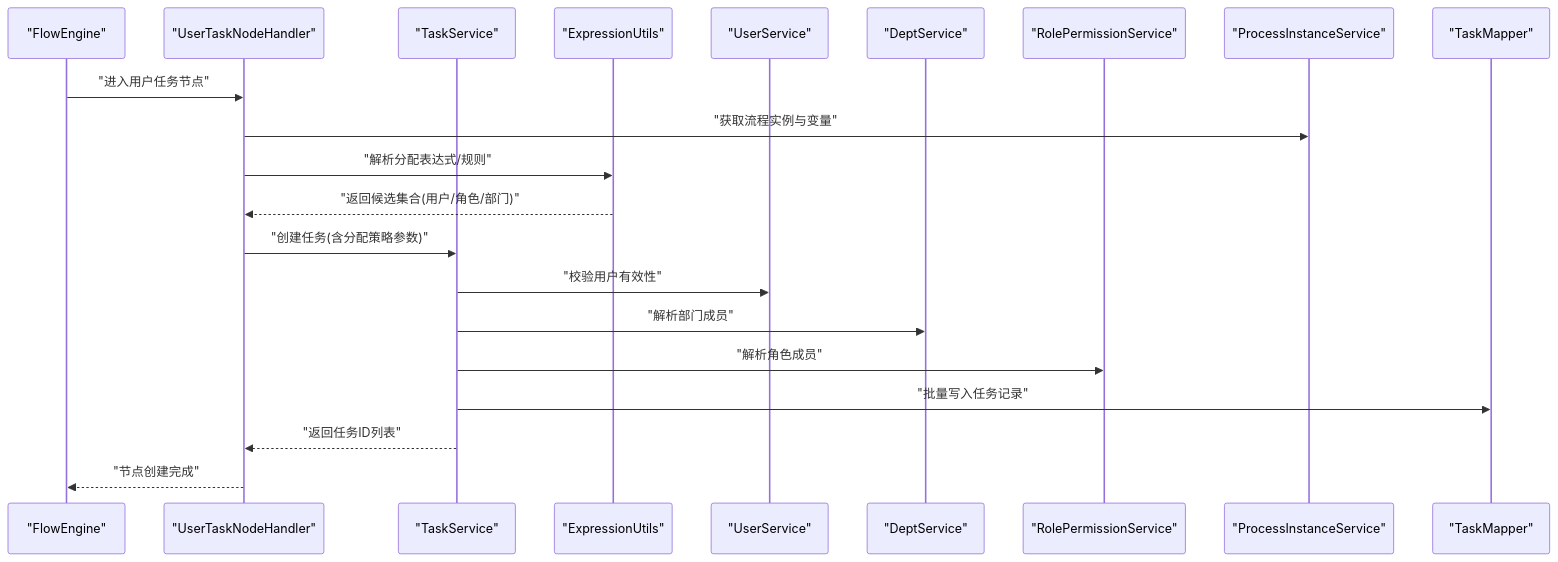
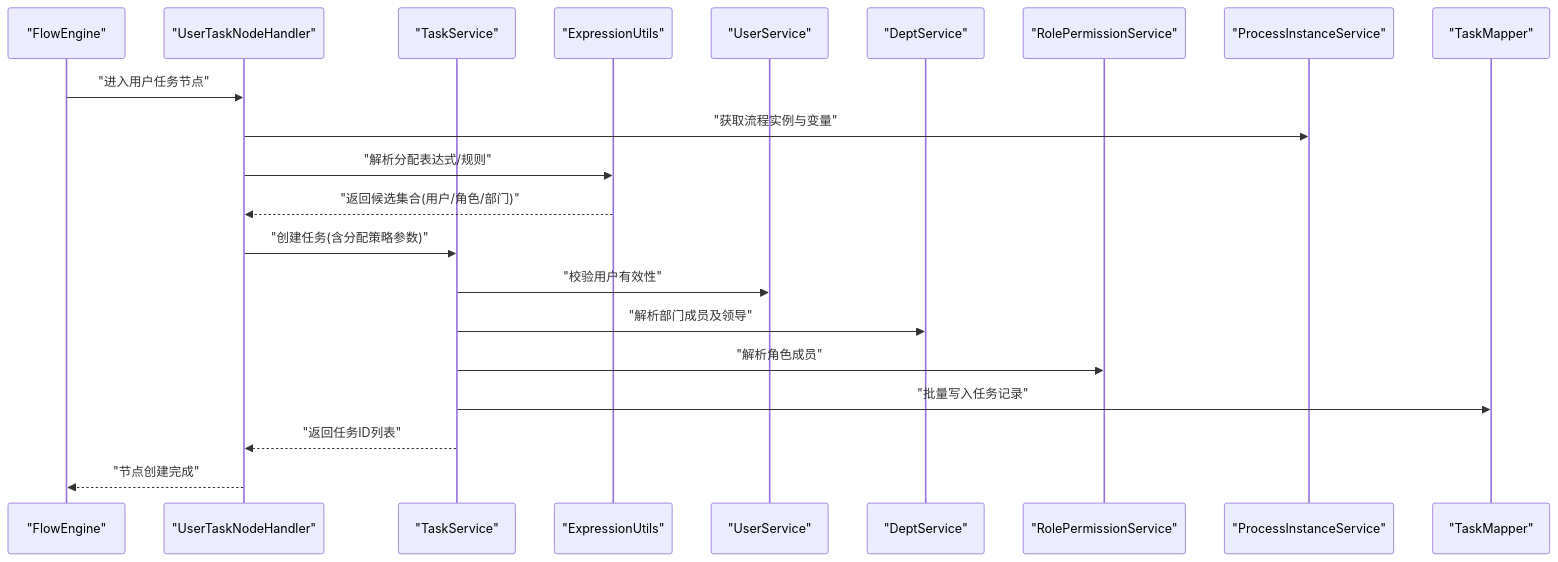
Before and after one commit to liming-lihaini/workflow: the second of 7 diagrams in .qoder/repowiki/zh/content/任务管理/任务分配策略.md, drawn with Mermaid. The commit also changed other lines of this file and 49 other files, not shown here.

````diff
--- a/.qoder/repowiki/zh/content/任务管理/任务分配策略.md
+++ b/.qoder/repowiki/zh/content/任务管理/任务分配策略.md
@@ -149,23 +167,23 @@
 ```mermaid
 sequenceDiagram
 participant FE as "FlowEngine"
 participant UTH as "UserTaskNodeHandler"
 participant TS as "TaskService"
 participant EU as "ExpressionUtils"
 participant US as "UserService"
 participant DS as "DeptService"
 participant RPS as "RolePermissionService"
 participant PIS as "ProcessInstanceService"
 participant TM as "TaskMapper"
 FE->>UTH : "进入用户任务节点"
 UTH->>PIS : "获取流程实例与变量"
 UTH->>EU : "解析分配表达式/规则"
 EU-->>UTH : "返回候选集合(用户/角色/部门)"
 UTH->>TS : "创建任务(含分配策略参数)"
 TS->>US : "校验用户有效性"
-TS->>DS : "解析部门成员"
+TS->>DS : "解析部门成员及领导"
 TS->>RPS : "解析角色成员"
 TS->>TM : "批量写入任务记录"
 TS-->>UTH : "返回任务ID列表"
 UTH-->>FE : "节点创建完成"
 ```
````
